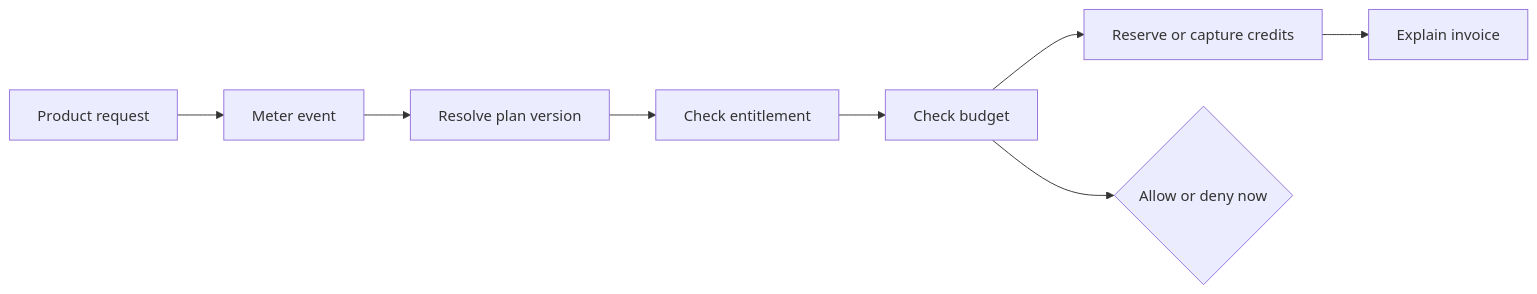
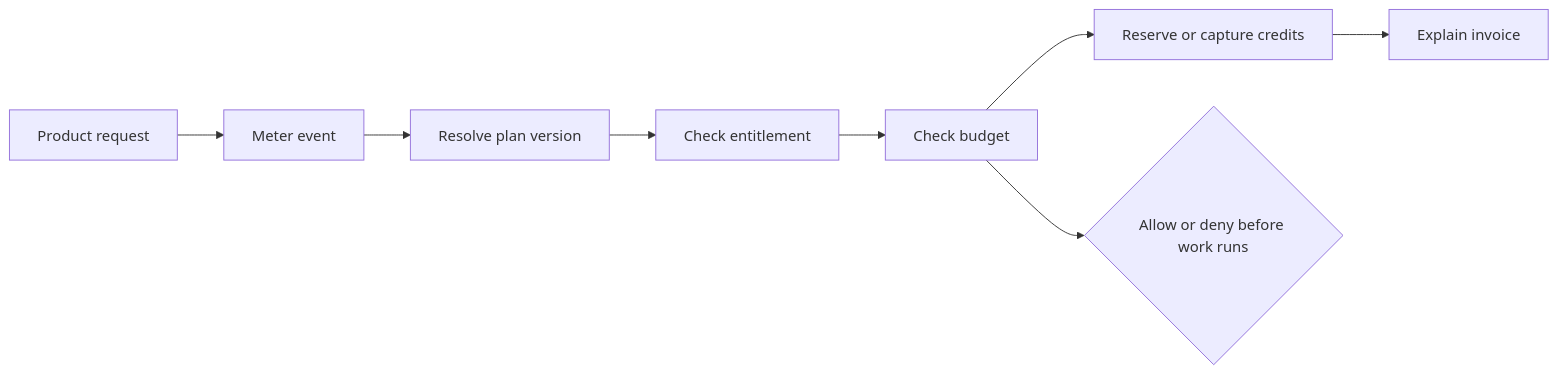
One commit to jhonsfran/unprice changed the diagram in docs/brand/PRODUCT.md. Above: the diagram before and after it, drawn with Mermaid. The commit also changed other lines of this file and 12 other files, not shown here.

````diff
--- a/docs/brand/PRODUCT.md
+++ b/docs/brand/PRODUCT.md
@@ -89,10 +95,10 @@
 ```mermaid
 flowchart LR
   Request["Product request"] --> Meter["Meter event"]
   Meter --> Version["Resolve plan version"]
   Version --> Entitlement["Check entitlement"]
   Entitlement --> Budget["Check budget"]
   Budget --> Wallet["Reserve or capture credits"]
   Wallet --> Invoice["Explain invoice"]
-  Budget --> Decision{"Allow or deny now"}
+  Budget --> Decision{"Allow or deny before work runs"}
 ```
````
